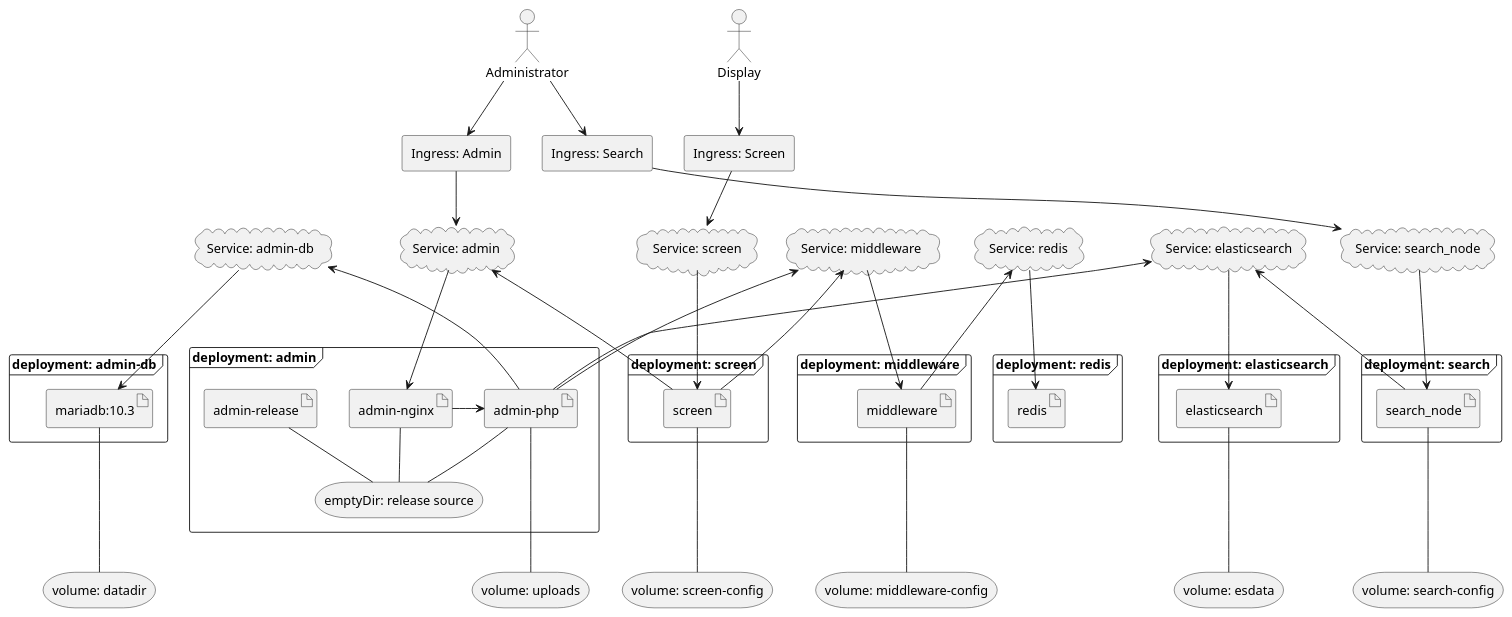
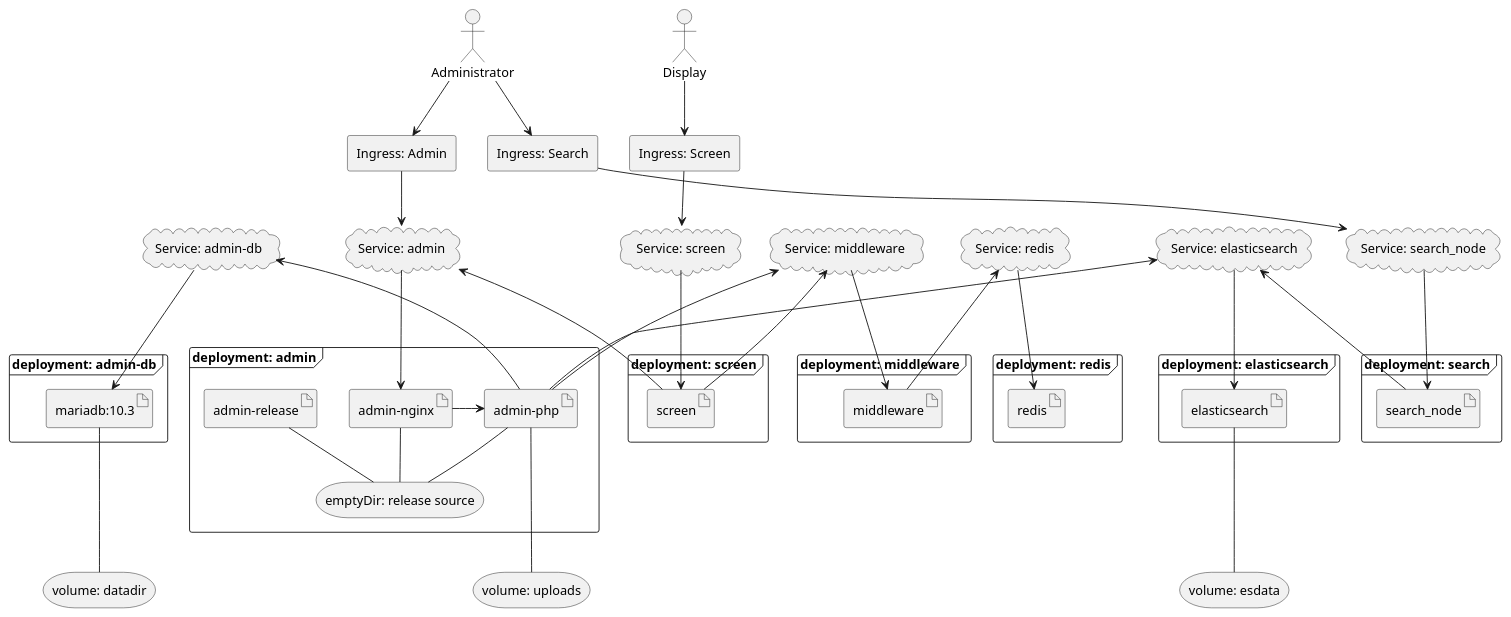
One commit to rvk-utd/os2display-docker changed the diagram in documentation/diagrams/kubernetes-architecture.plantuml. Above: the diagram before and after it, drawn with PlantUML. The commit also changed 1 other file, not shown here.

Commit message:
Updated documentation to reflect that we've dropped the config volume

```diff
--- a/documentation/diagrams/kubernetes-architecture.plantuml
+++ b/documentation/diagrams/kubernetes-architecture.plantuml
@@ -1,111 +1,105 @@
 @startuml
 
 ' Define external actors
 actor actor_admin as "Administrator"
 actor actor_display as "Display"
 
 ' Define Services
 cloud service_elasticsearch as "Service: elasticsearch"
 cloud service_search_node as "Service: search_node"
 cloud service_middleware as "Service: middleware"
 cloud service_admin_db as "Service: admin-db"
 cloud service_admin as "Service: admin"
 cloud service_screen as "Service: screen"
 cloud service_redis as "Service: redis"
 
 ' Define ingresses
 rectangle ingress_admin as "Ingress: Admin"
 rectangle ingress_screen as "Ingress: Screen"
 rectangle ingress_search as "Ingress: Search"
 
 ' Define volumes
 storage storage_uploads as "volume: uploads"
 storage storage_datadir as "volume: datadir"
 storage storage_esdata as "volume: esdata"
-storage storage_search_config as "volume: search-config"
-storage storage_middleware_config as "volume: middleware-config"
-storage storage_screen_config as "volume: screen-config"
 
 ' Define deployments and their containers
 together {
   frame deployment_admin as "deployment: admin" {
     together {
       artifact admin_nginx as "admin-nginx"
       artifact admin_php as "admin-php"
     }
     artifact admin_release as "admin-release"
 
     ' Internal storage so no volume
     storage storage_release_src as "emptyDir: release source"
   }
 
   frame deployment_admin_db as "deployment: admin-db" {
     artifact mariadb as "mariadb:10.3"
   }
 }
 
 together {
   frame deployment_elasticsearch as "deployment: elasticsearch" {
     artifact elasticsearch
   }
 
   frame deployment_search as "deployment: search" {
     artifact search_node
   }
 }
 
 together {
   frame deployment_redis as "deployment: redis" {
     artifact redis
   }
 
   frame deployment_middleware as "deployment: middleware" {
     artifact middleware
   }
 }
 
 frame deployment_screen as "deployment: screen" {
   artifact screen
 }
 
 ' Connect containers to storage
 admin_release -d- storage_release_src
 admin_nginx -d- storage_release_src
 admin_php -d- storage_release_src
 admin_php --- storage_uploads
 mariadb --- storage_datadir
 elasticsearch --- storage_esdata
-search_node --- storage_search_config
-middleware --- storage_middleware_config
-screen --- storage_screen_config
 
 ' Connect services to containers
 service_admin -d--> admin_nginx
 service_middleware -d--> middleware
 service_screen -d--> screen
 service_elasticsearch -d--> elasticsearch
 service_admin_db -d--> mariadb
 service_redis -d--> redis
 service_search_node -d--> search_node
 
 ' Inter-container communication
 admin_php -u--> service_admin_db
 admin_php -u--> service_middleware
 admin_php -u--> service_elasticsearch
 search_node -u--> service_elasticsearch
 middleware -u--> service_redis
 screen -u--> service_middleware
 screen -u--> service_admin
 admin_nginx -> admin_php
 
 ' Connect ingresses to services
 ingress_admin -d-> service_admin
 ingress_screen -d-> service_screen
 ingress_search -d-> service_search_node
 
 ' Connect external users to ingress
 actor_admin -d-> ingress_admin
 actor_admin -d-> ingress_search
 actor_display -d-> ingress_screen
 
 @enduml
```
